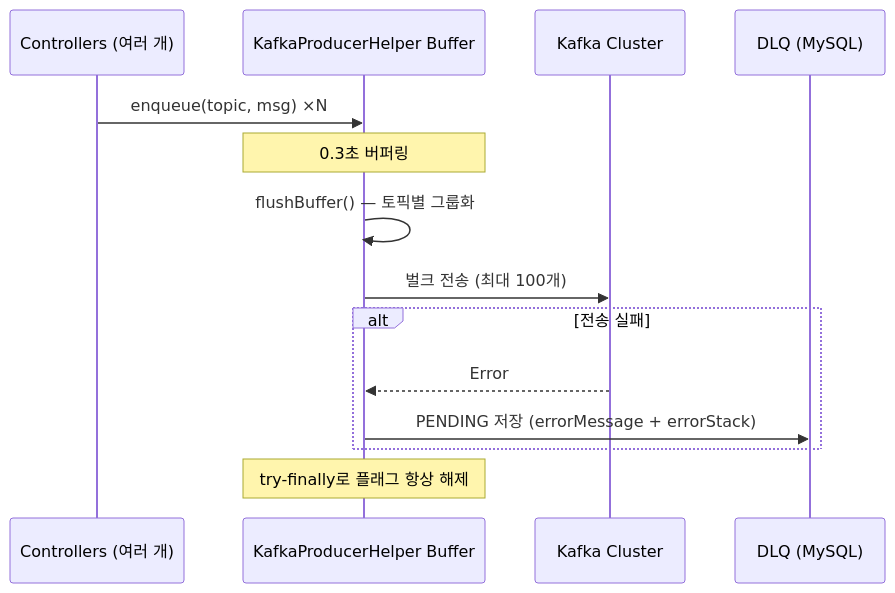
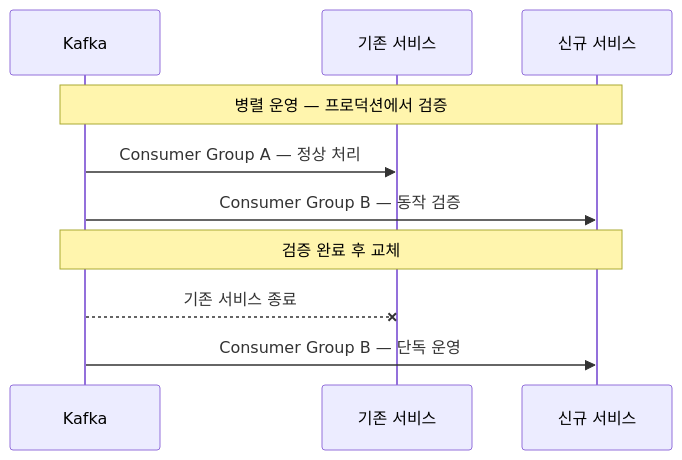
The fourth of 11 diagrams in README.md (1985jwlee/production-iot-backend), drawn with Mermaid before and after one commit. The commit also changed other lines of this file and 11 other files, not shown here.

````diff
--- a/README.md
+++ b/README.md
@@ -89,17 +235,14 @@
 ```mermaid
 sequenceDiagram
-    participant C as Controllers (여러 개)
-    participant B as KafkaProducerHelper Buffer
-    participant K as Kafka Cluster
-    participant DLQ as DLQ (MySQL)
+    participant K as Kafka
+    participant OLD as 기존 서비스
+    participant NEW as 신규 서비스
 
-    C->>B: enqueue(topic, msg) ×N
-    Note over B: 0.3초 버퍼링
-    B->>B: flushBuffer() — 토픽별 그룹화
-    B->>K: 벌크 전송 (최대 100개)
-    alt 전송 실패
-        K-->>B: Error
-        B->>DLQ: PENDING 저장 (errorMessage + errorStack)
-    end
-    Note over B: try-finally로 플래그 항상 해제
+    Note over K,NEW: 병렬 운영 — 프로덕션에서 검증
+    K->>OLD: Consumer Group A — 정상 처리
+    K->>NEW: Consumer Group B — 동작 검증
+
+    Note over K,NEW: 검증 완료 후 교체
+    K--xOLD: 기존 서비스 종료
+    K->>NEW: Consumer Group B — 단독 운영
 ```
````
